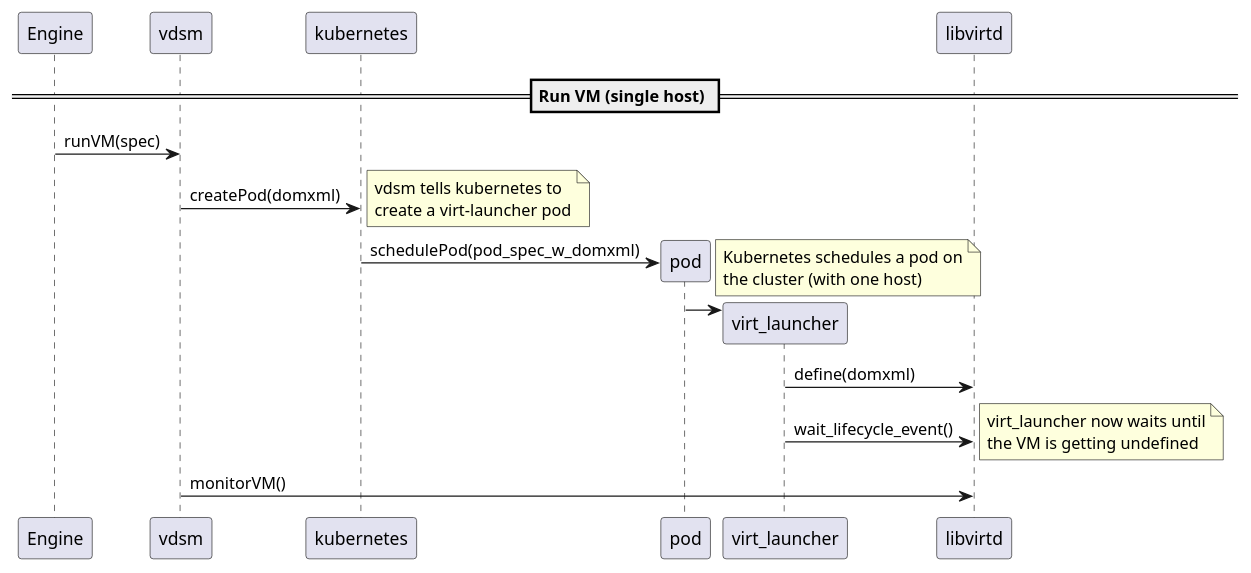
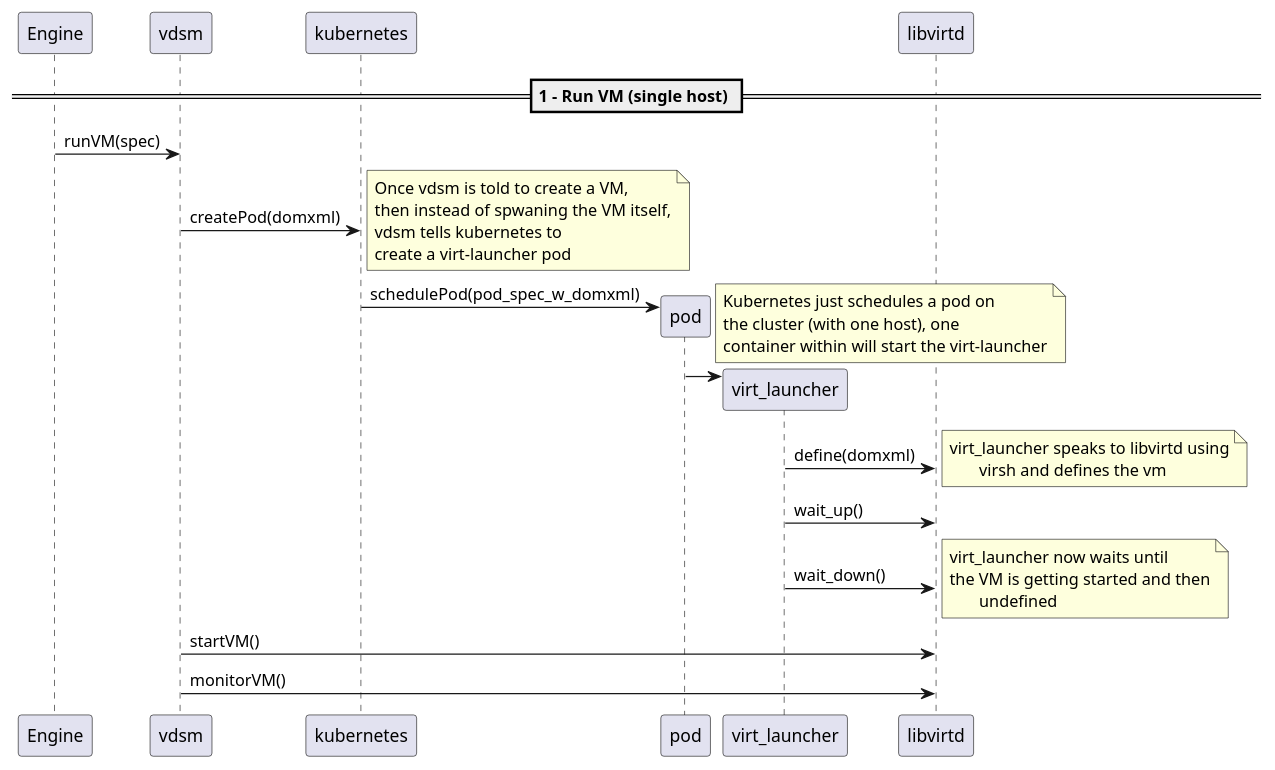
One commit to kubevirt/kubevirt changed the diagram in docs/1-run-vm.plantuml. Above: the diagram before and after it, drawn with PlantUML. The commit also changed 2 other files, not shown here.

```diff
--- a/docs/1-run-vm.plantuml
+++ b/docs/1-run-vm.plantuml
@@ -1,31 +1,42 @@
 @startuml
-== Run VM (single host) ==
+== 1 - Run VM (single host) ==
 
 Engine -> vdsm : runVM(spec)
 
 vdsm -> kubernetes : createPod(domxml)
 note right
+	Once vdsm is told to create a VM,
+	then instead of spwaning the VM itself,
 	vdsm tells kubernetes to
 	create a virt-launcher pod
 end note
 
 create pod
 kubernetes -> pod : schedulePod(pod_spec_w_domxml)
 note right
-	Kubernetes schedules a pod on
-	the cluster (with one host)
+	Kubernetes just schedules a pod on
+	the cluster (with one host), one
+	container within will start the virt-launcher
 end note
 
 create virt_launcher
 pod -> virt_launcher
 
 virt_launcher -> libvirtd : define(domxml)
-virt_launcher -> libvirtd : wait_lifecycle_event()
+note right
+	virt_launcher speaks to libvirtd using
+        virsh and defines the vm
+end note
+virt_launcher -> libvirtd : wait_up()
+virt_launcher -> libvirtd : wait_down()
 note right
 	virt_launcher now waits until
-	the VM is getting undefined
+	the VM is getting started and then
+        undefined
 end note
+
+vdsm -> libvirtd : startVM()
 
 vdsm -> libvirtd : monitorVM()
 
 @enduml
```
